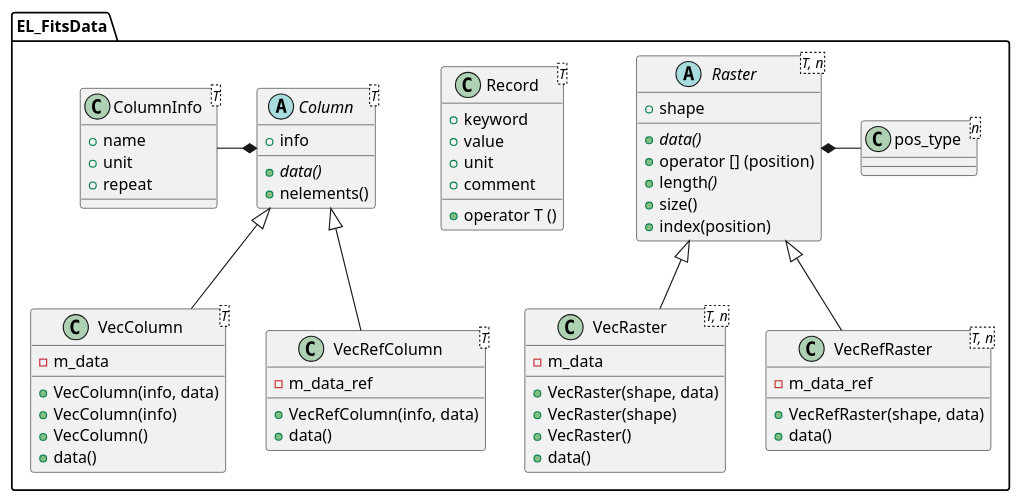
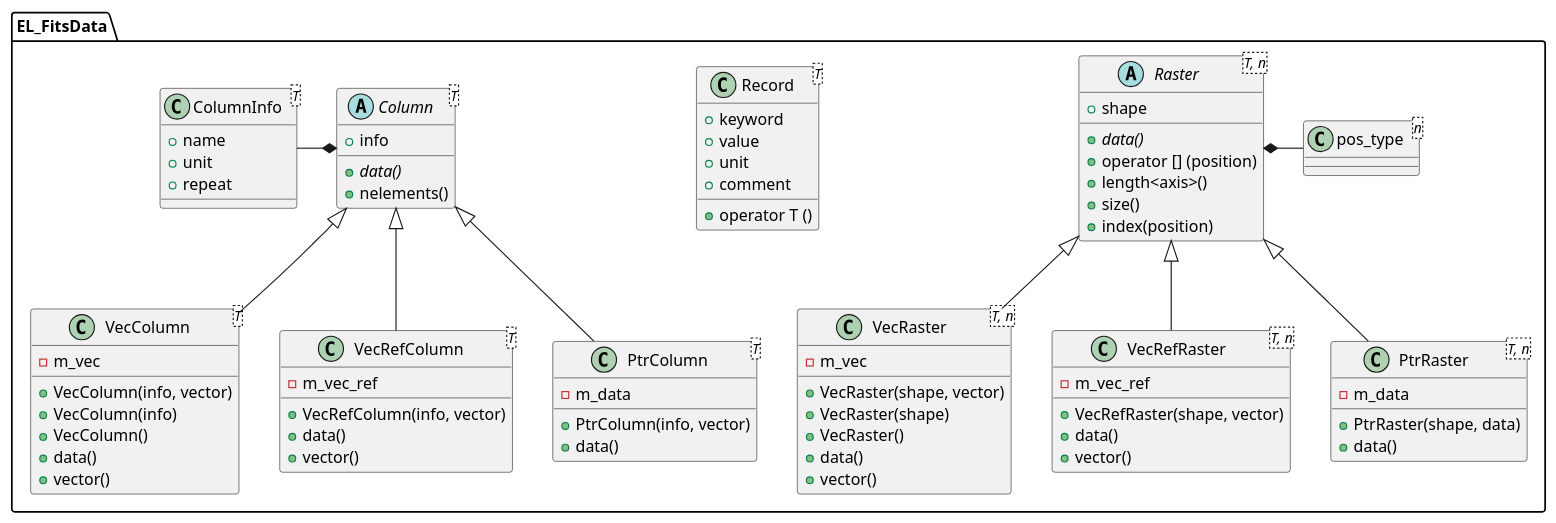
Before and after one commit to CNES/EleFits: the diagram in doc/diagrams/src/FitsData.puml, drawn with PlantUML. The commit also changed 10 other files, not shown here.

```diff
--- a/doc/diagrams/src/FitsData.puml
+++ b/doc/diagrams/src/FitsData.puml
@@ -1,77 +1,95 @@
 @startuml
 
 package EL_FitsData {
 
 Raster <|-- VecRaster
 Raster <|-- VecRefRaster
+Raster <|-- PtrRaster
 Raster *- pos_type
 
 Record -[hidden] Record
 
 Column <|-- VecColumn
 Column <|-- VecRefColumn
+Column <|-- PtrColumn
 ColumnInfo -* Column
 
 class pos_type<n> {
 }
 
 abstract class Raster<T, n> {
 + shape
 + {abstract} data()
 + operator [] (position)
-+ length<i>()
++ length<axis>()
 + size()
 + index(position)
 }
 
 class VecRaster<T, n> {
-- m_data
-+ VecRaster(shape, data)
+- m_vec
++ VecRaster(shape, vector)
 + VecRaster(shape)
 + VecRaster()
 + data()
++ vector()
 }
 
 class VecRefRaster<T, n> {
-- m_data_ref
-+ VecRefRaster(shape, data)
+- m_vec_ref
++ VecRefRaster(shape, vector)
++ data()
++ vector()
+}
+
+class PtrRaster<T, n> {
+- m_data
++ PtrRaster(shape, data)
 + data()
 }
 
 class Record<T> {
 + keyword
 + value
 + unit
 + comment
 + operator T ()
 }
 
 class ColumnInfo<T> {
 + name
 + unit
 + repeat
 }
 
 abstract class Column<T> {
 + info
 + {abstract} data()
 + nelements()
 }
 
 class VecColumn<T> {
-- m_data
-+ VecColumn(info, data)
+- m_vec
++ VecColumn(info, vector)
 + VecColumn(info)
 + VecColumn()
 + data()
++ vector()
 }
 
 class VecRefColumn<T> {
-- m_data_ref
-+ VecRefColumn(info, data)
+- m_vec_ref
++ VecRefColumn(info, vector)
++ data()
++ vector()
+}
+
+class PtrColumn<T> {
+- m_data
++ PtrColumn(info, vector)
 + data()
 }
 
 }
 
 @enduml
```
